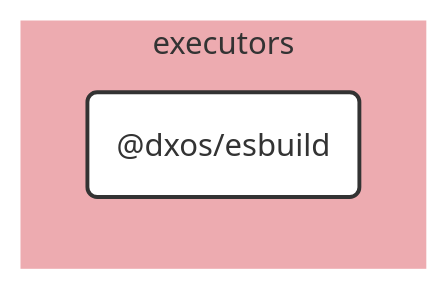
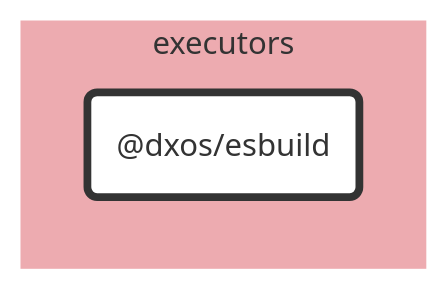
Before and after one commit to dxos/dxos: the diagram in tools/executors/esbuild/docs/README.md, drawn with Mermaid. The commit also changed 683 other files, not shown here.

````diff
--- a/tools/executors/esbuild/docs/README.md
+++ b/tools/executors/esbuild/docs/README.md
@@ -7,25 +7,20 @@
 ```mermaid
 %%{ init: {'flowchart':{'curve':'basis'}} }%%
 
 flowchart LR
 
-%% Links
+%% Classes
+classDef def fill:#fff,stroke:#333,stroke-width:1px
+classDef root fill:#fff,stroke:#333,stroke-width:4px
 
-%% Sections
-subgraph executors
-  style executors fill:#edabb0,stroke:#fff;
+%% Nodes
 
-  dxos/esbuild("@dxos/esbuild")
+subgraph executors [executors]
+  style executors fill:#edabb0,stroke:#fff
+  dxos/esbuild("@dxos/esbuild"):::root
+  click dxos/esbuild "dxos/dxos/tree/main/tools/executors/esbuild/docs"
 end
 
-
-%% Hyperlinks
-
-%% Styles
-classDef rootNode fill:#fff,stroke:#333,stroke-width:2px
-classDef defaultNode fill:#fff,stroke:#333,stroke-width:1px
+%% Links
 linkStyle default stroke:#333,stroke-width:1px
-
-dxos/esbuild:::rootNode
-
 ```
````
